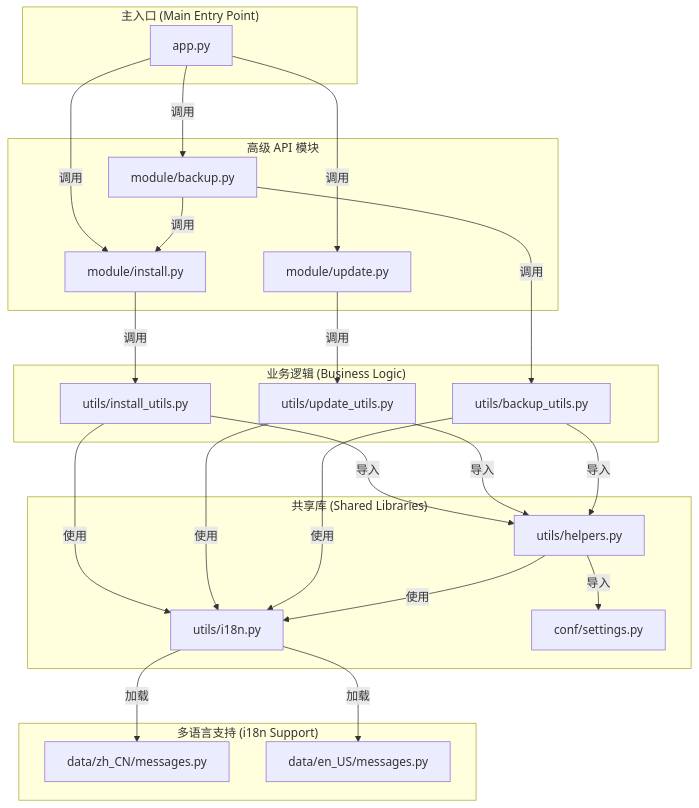
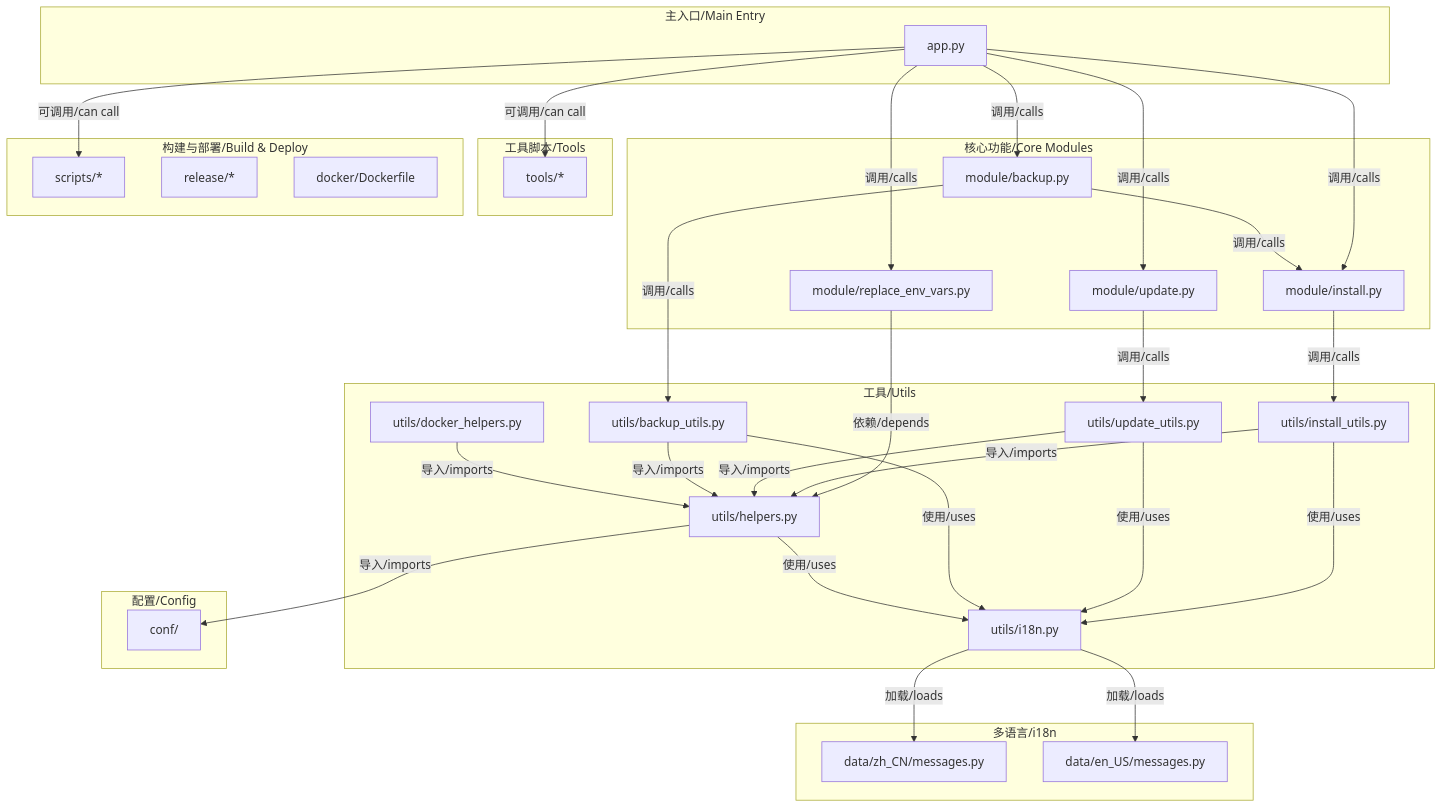
Before and after one commit to greenhandzdl/nekro-agent-toolkit: the diagram in doc/DEVELOP.md, drawn with Mermaid. The commit also changed other lines of this file and 1 other file, not shown here.

Commit message:
up:项目文档说明更新

````diff
--- a/doc/DEVELOP.md
+++ b/doc/DEVELOP.md
@@ -32,52 +26,69 @@
 ```mermaid
 graph TD
-    subgraph "主入口 (Main Entry Point)"
+    subgraph "主入口/Main Entry"
         APP["app.py"];
     end
 
-    subgraph "高级 API 模块"
+    subgraph "核心功能/Core Modules"
         INSTALL["module/install.py"];
         UPDATE["module/update.py"];
         BACKUP["module/backup.py"];
+        REPLACE_ENV["module/replace_env_vars.py"];
     end
 
-    subgraph "业务逻辑 (Business Logic)"
+    subgraph "工具/Utils"
+        HELPERS["utils/helpers.py"];
+        I18N["utils/i18n.py"];
         INSTALL_UTILS["utils/install_utils.py"];
         UPDATE_UTILS["utils/update_utils.py"];
         BACKUP_UTILS["utils/backup_utils.py"];
+        DOCKER_HELPERS["utils/docker_helpers.py"];
     end
 
-    subgraph "共享库 (Shared Libraries)"
-        HELPERS["utils/helpers.py"];
-        I18N["utils/i18n.py"];
-        CONF["conf/settings.py"];
+    subgraph "配置/Config"
+        CONF["conf/"];
     end
 
-    subgraph "多语言支持 (i18n Support)"
+    subgraph "多语言/i18n"
         ZH_CN["data/zh_CN/messages.py"];
         EN_US["data/en_US/messages.py"];
     end
 
-    APP -- 调用 --> INSTALL;
-    APP -- 调用 --> UPDATE;
-    APP -- 调用 --> BACKUP;
+    subgraph "工具脚本/Tools"
+        TOOL_SCRIPTS["tools/*"];
+    end
 
-    INSTALL -- 调用 --> INSTALL_UTILS;
-    UPDATE -- 调用 --> UPDATE_UTILS;
-    BACKUP -- 调用 --> BACKUP_UTILS;
-    BACKUP -- 调用 --> INSTALL;
-    
-    INSTALL_UTILS -- 导入 --> HELPERS;
-    UPDATE_UTILS -- 导入 --> HELPERS;
-    BACKUP_UTILS -- 导入 --> HELPERS;
-    
-    INSTALL_UTILS -- 使用 --> I18N;
-    UPDATE_UTILS -- 使用 --> I18N;
-    BACKUP_UTILS -- 使用 --> I18N;
-    HELPERS -- 使用 --> I18N;
+    subgraph "构建与部署/Build & Deploy"
+        SCRIPTS["scripts/*"];
+        RELEASE["release/*"];
+        DOCKER["docker/Dockerfile"];
+    end
 
-    HELPERS -- 导入 --> CONF;
-    
-    I18N -- 加载 --> ZH_CN;
-    I18N -- 加载 --> EN_US;
+    APP -- 调用/calls --> INSTALL;
+    APP -- 调用/calls --> UPDATE;
+    APP -- 调用/calls --> BACKUP;
+    APP -- 调用/calls --> REPLACE_ENV;
+    APP -- 可调用/can call --> TOOL_SCRIPTS;
+    APP -- 可调用/can call --> SCRIPTS;
+
+    INSTALL -- 调用/calls --> INSTALL_UTILS;
+    UPDATE -- 调用/calls --> UPDATE_UTILS;
+    BACKUP -- 调用/calls --> BACKUP_UTILS;
+    BACKUP -- 调用/calls --> INSTALL;
+    REPLACE_ENV -- 依赖/depends --> HELPERS;
+
+    INSTALL_UTILS -- 导入/imports --> HELPERS;
+    UPDATE_UTILS -- 导入/imports --> HELPERS;
+    BACKUP_UTILS -- 导入/imports --> HELPERS;
+    DOCKER_HELPERS -- 导入/imports --> HELPERS;
+
+    INSTALL_UTILS -- 使用/uses --> I18N;
+    UPDATE_UTILS -- 使用/uses --> I18N;
+    BACKUP_UTILS -- 使用/uses --> I18N;
+    HELPERS -- 使用/uses --> I18N;
+
+    HELPERS -- 导入/imports --> CONF;
+
+    I18N -- 加载/loads --> ZH_CN;
+    I18N -- 加载/loads --> EN_US;
 ```
````
